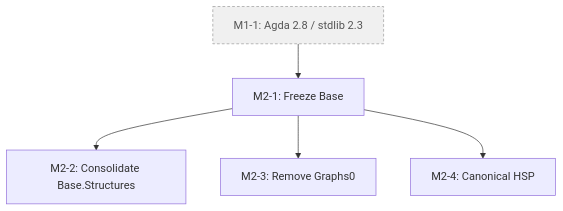
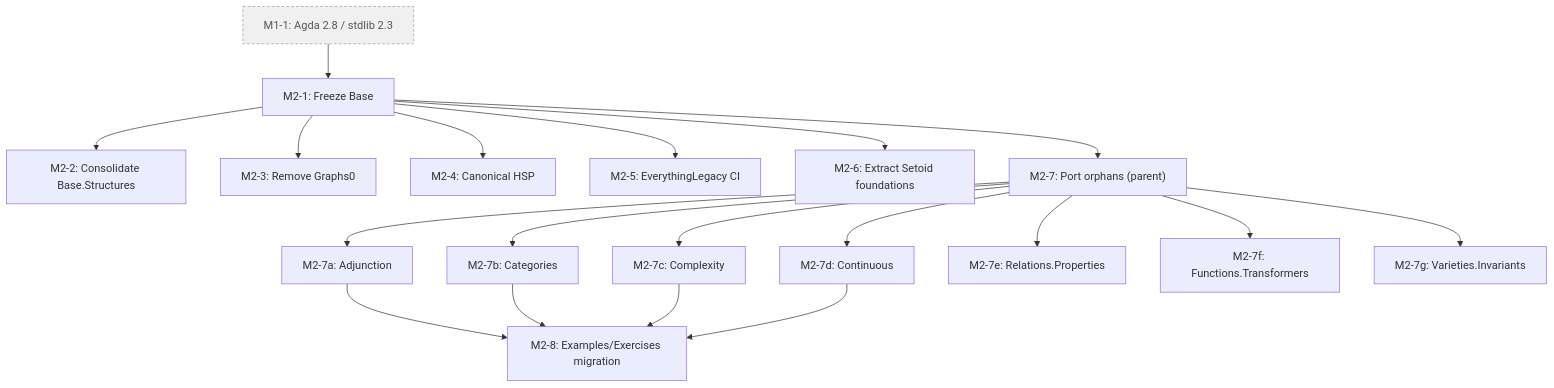
One commit to ualib/agda-algebras changed the third of 8 diagrams in docs/GITHUB_PROJECT.md. Above: the diagram before and after it, drawn with Mermaid. The commit also changed other lines of this file and 1 other file, not shown here.

Commit message:
M2-1 follow-up: backfill DEPRECATED.md tracking-issue cells
Replace #TBD cells in src/Legacy/Base/DEPRECATED.md with the now-known
issue numbers:

+  Adjunction subtree (4 rows) → #305 (M2-7a, port Adjunction).
+  Categories subtree (2 rows) → #306 (M2-7b, port Categories).
+  Complexity subtree (3 rows) → #307 (M2-7c, port Complexity), with
   per-row destinations sharpened from "as above" to specific
   `Setoid.Complexity.*` names per the M2-7c destination decision.
+  Functions.Transformers (1 row) → #310 (M2-7f, port or stdlib redirect).
+  Relations.Continuous (1 row) → #308 (M2-7d, port).
+  Relations.Properties (1 row) → #309 (M2-7e, port).
+  Varieties.Invariants (1 row) → #311 (M2-7g, port).
+  Structures.* subtree (16 rows) → #260 (M3-1, Classical/ scaffold —
   the existing issue that materializes the replacement).
+  Structures.Graphs0 (1 row) → #258 (M2-3 — existing issue that owns
   the disposition).

After this commit, no #TBD cells remain in DEPRECATED.md.

Also, update dependency graphs in docs/GITHUB_PROJECT.md

Refs #256, #302.

````diff
--- a/docs/GITHUB_PROJECT.md
+++ b/docs/GITHUB_PROJECT.md
@@ -901,13 +901,38 @@
 ```mermaid
 graph TD
   M1_1["M1-1: Agda 2.8 / stdlib 2.3"]:::ext
   M2_1["M2-1: Freeze Base"]
   M2_2["M2-2: Consolidate Base.Structures"]
   M2_3["M2-3: Remove Graphs0"]
   M2_4["M2-4: Canonical HSP"]
+  M2_5["M2-5: EverythingLegacy CI"]
+  M2_6["M2-6: Extract Setoid foundations"]
+  M2_7["M2-7: Port orphans (parent)"]
+  M2_7a["M2-7a: Adjunction"]
+  M2_7b["M2-7b: Categories"]
+  M2_7c["M2-7c: Complexity"]
+  M2_7d["M2-7d: Continuous"]
+  M2_7e["M2-7e: Relations.Properties"]
+  M2_7f["M2-7f: Functions.Transformers"]
+  M2_7g["M2-7g: Varieties.Invariants"]
+  M2_8["M2-8: Examples/Exercises migration"]
   M1_1 --> M2_1
   M2_1 --> M2_2
   M2_1 --> M2_3
   M2_1 --> M2_4
+  M2_1 --> M2_5
+  M2_1 --> M2_6
+  M2_1 --> M2_7
+  M2_7 --> M2_7a
+  M2_7 --> M2_7b
+  M2_7 --> M2_7c
+  M2_7 --> M2_7d
+  M2_7 --> M2_7e
+  M2_7 --> M2_7f
+  M2_7 --> M2_7g
+  M2_7a --> M2_8
+  M2_7b --> M2_8
+  M2_7c --> M2_8
+  M2_7d --> M2_8
   classDef ext fill:#f0f0f0,stroke:#999,stroke-dasharray: 4 3,color:#555
 ```
````
